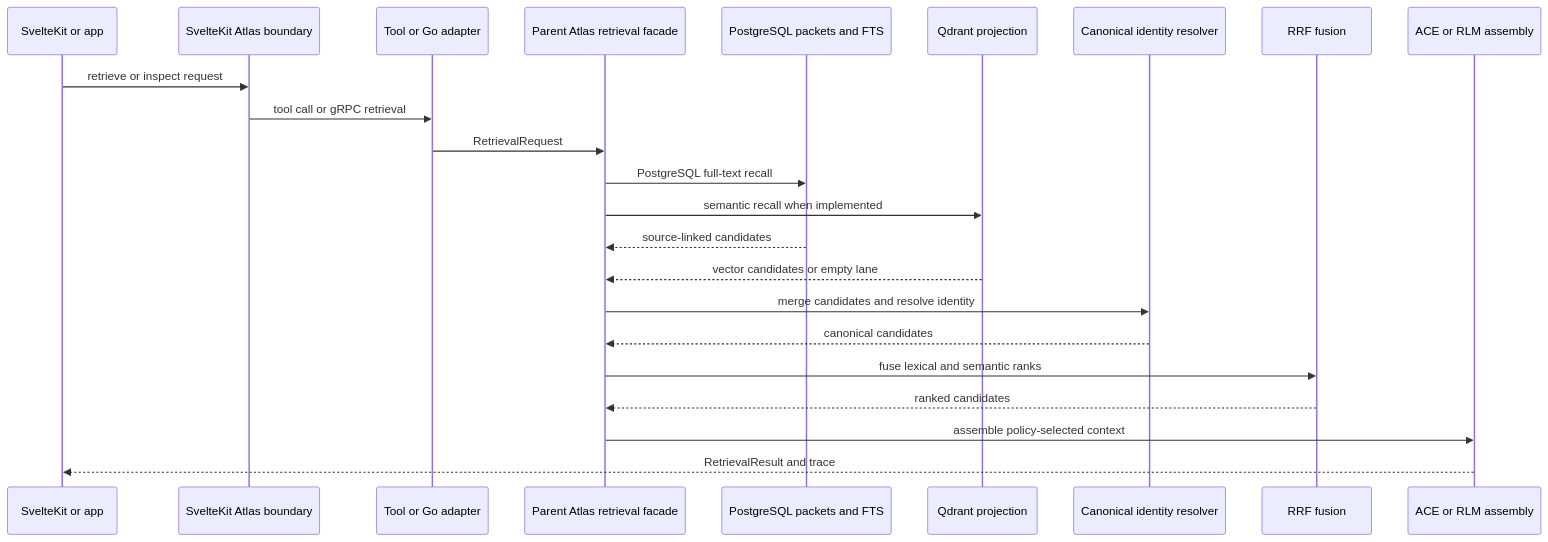
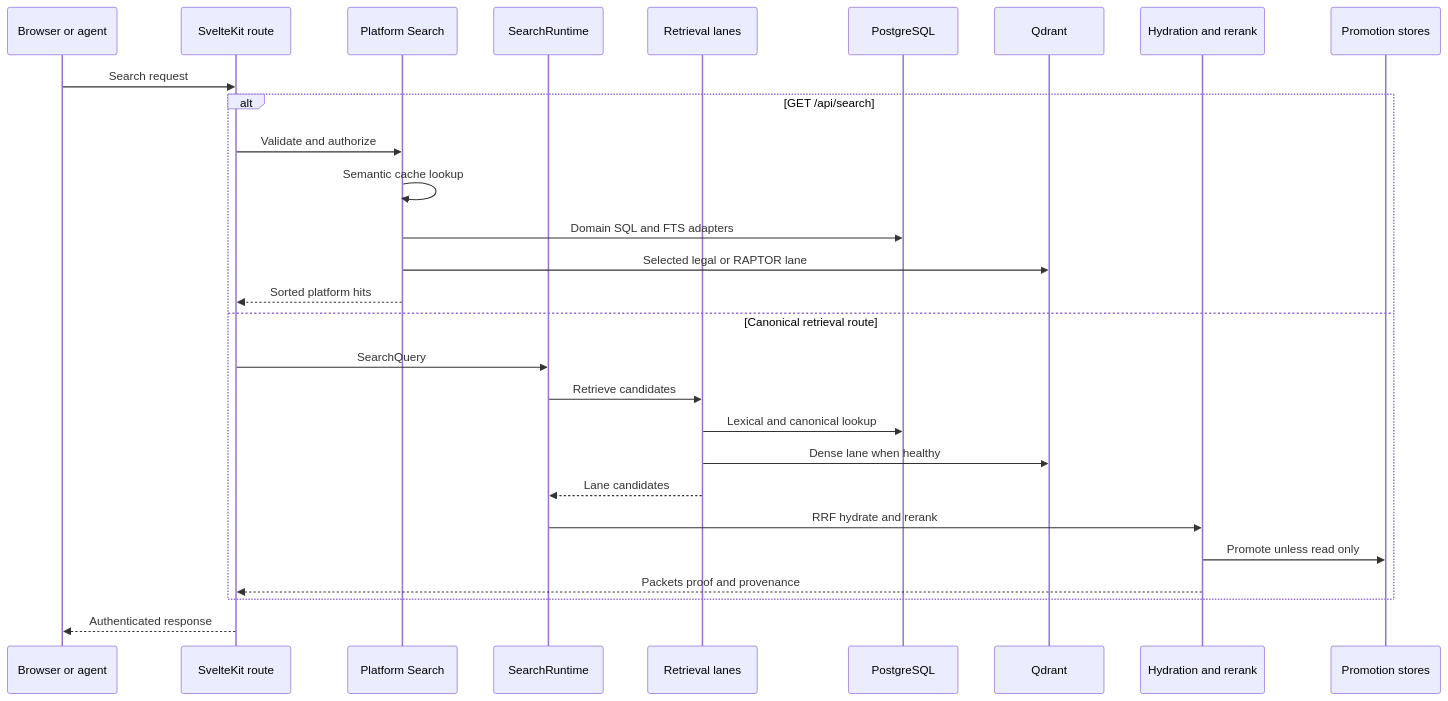
The diagram in openwiki/architecture/system-map.md (semaj90/deeds_web_app), drawn with Mermaid before and after one commit. The commit also changed other lines of this file and 252 other files, not shown here.

First line of the commit message:
chore: commit accumulated Parent Atlas, OpenSpec, a11y, and tooling work

````diff
--- a/openwiki/architecture/system-map.md
+++ b/openwiki/architecture/system-map.md
@@ -24,26 +26,31 @@
 ```mermaid
 sequenceDiagram
-    participant Browser as SvelteKit or app
-    participant Atlas as SvelteKit Atlas boundary
-    participant Adapter as Tool or Go adapter
-    participant Facade as Parent Atlas retrieval facade
-    participant PG as PostgreSQL packets and FTS
-    participant Vec as Qdrant projection
-    participant Identity as Canonical identity resolver
-    participant RRF as RRF fusion
-    participant Context as ACE or RLM assembly
+    participant Caller as Browser or agent
+    participant Route as SvelteKit route
+    participant Platform as Platform Search
+    participant Runtime as SearchRuntime
+    participant Recall as Retrieval lanes
+    participant PG as PostgreSQL
+    participant Vec as Qdrant
+    participant Rank as Hydration and rerank
+    participant Store as Promotion stores
 
-    Browser->>Atlas: retrieve or inspect request
-    Atlas->>Adapter: tool call or gRPC retrieval
-    Adapter->>Facade: RetrievalRequest
-    Facade->>PG: PostgreSQL full-text recall
-    Facade->>Vec: semantic recall when implemented
-    PG-->>Facade: source-linked candidates
-    Vec-->>Facade: vector candidates or empty lane
-    Facade->>Identity: merge candidates and resolve identity
-    Identity-->>Facade: canonical candidates
-    Facade->>RRF: fuse lexical and semantic ranks
-    RRF-->>Facade: ranked candidates
-    Facade->>Context: assemble policy-selected context
-    Context-->>Browser: RetrievalResult and trace
+    Caller->>Route: Search request
+    alt GET /api/search
+        Route->>Platform: Validate and authorize
+        Platform->>Platform: Semantic cache lookup
+        Platform->>PG: Domain SQL and FTS adapters
+        Platform->>Vec: Selected legal or RAPTOR lane
+        Platform-->>Route: Sorted platform hits
+    else Canonical retrieval route
+        Route->>Runtime: SearchQuery
+        Runtime->>Recall: Retrieve candidates
+        Recall->>PG: Lexical and canonical lookup
+        Recall->>Vec: Dense lane when healthy
+        Recall-->>Runtime: Lane candidates
+        Runtime->>Rank: RRF hydrate and rerank
+        Rank->>Store: Promote unless read only
+        Rank-->>Route: Packets proof and provenance
+    end
+    Route-->>Caller: Authenticated response
 ```
````
